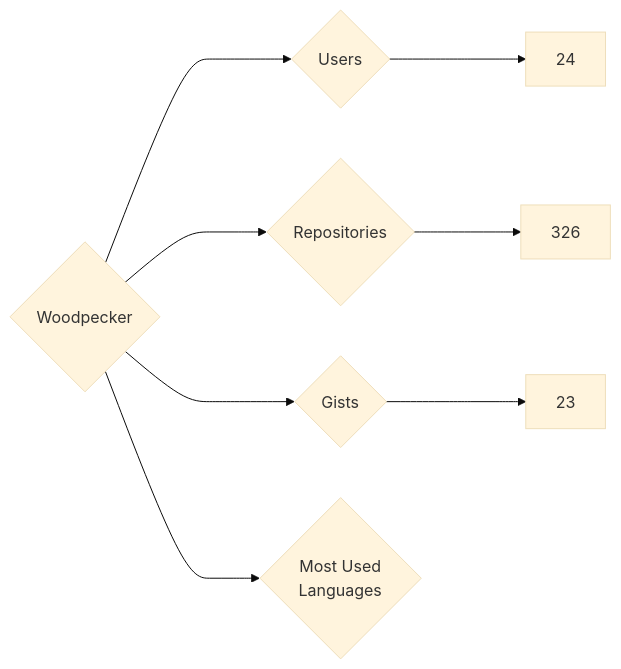
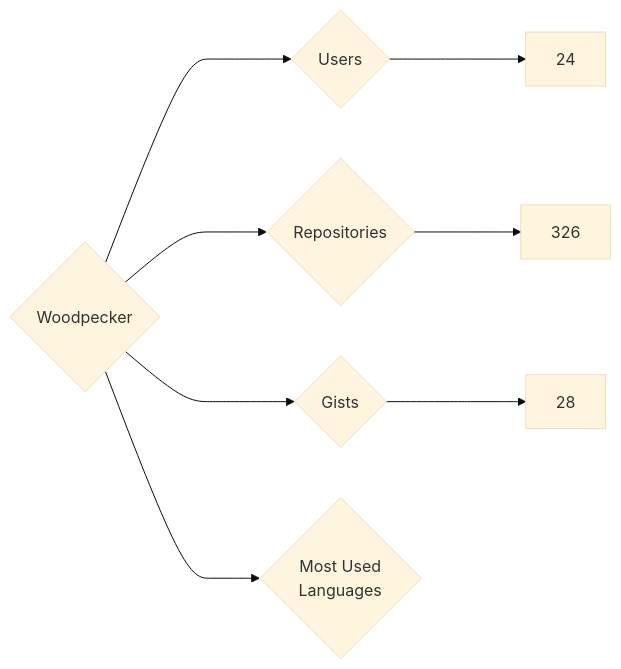
The diagram in targets/Woodpecker/README.md (nenadzaric/insiders), drawn with Mermaid (base theme) before and after one commit. The commit also changed 1342 other files, not shown here.

````diff
--- a/targets/Woodpecker/README.md
+++ b/targets/Woodpecker/README.md
@@ -3,8 +3,8 @@
 ```mermaid
 graph LR
 COMPANY_NAME{Woodpecker}
 COMPANY_NAME ---> U{Users} ---> UN[24]
 COMPANY_NAME ---> R{Repositories} ---> RN[326]
-COMPANY_NAME ---> G{Gists} ---> GN[23]
+COMPANY_NAME ---> G{Gists} ---> GN[28]
 COMPANY_NAME ---> ML{Most Used<br>Languages}
 ```
````
